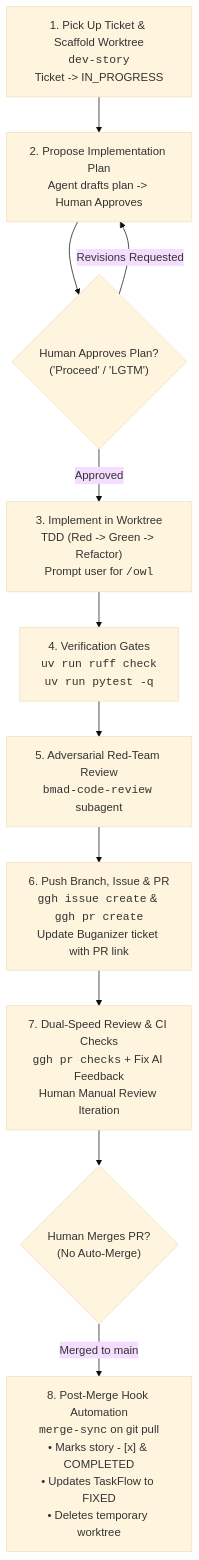
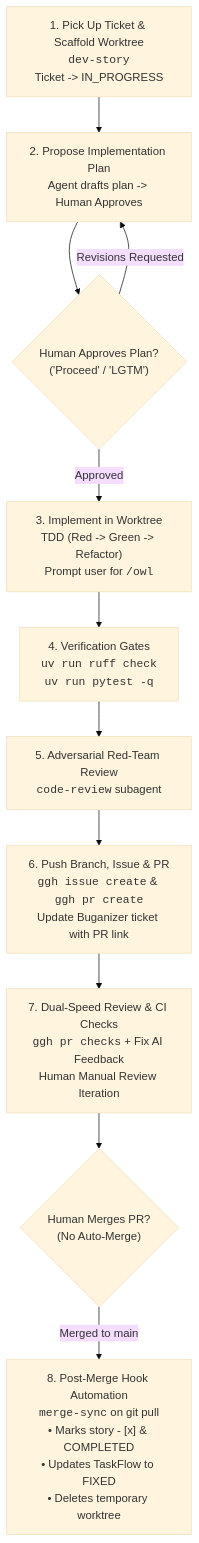
One commit to messangit24/SAR_Image_Formation_TPUv6e_Benchmark_with_Pallas_Kernel changed the diagram in .agents/skills/dev-story/SKILL.md. Above: the diagram before and after it, drawn with Mermaid (base theme). The commit also changed other lines of this file and 48 other files, not shown here.

````diff
--- a/.agents/skills/dev-story/SKILL.md
+++ b/.agents/skills/dev-story/SKILL.md
@@ -14,13 +14,13 @@
 ```mermaid
 graph TD
     S1["1. Pick Up Ticket & Scaffold Worktree<br/><code>dev-story</code><br/>Ticket -> IN_PROGRESS"] --> S2["2. Propose Implementation Plan<br/>Agent drafts plan -> Human Approves"]
     S2 --> G1{"Human Approves Plan?<br/>('Proceed' / 'LGTM')"}
     G1 -->|Approved| S3["3. Implement in Worktree<br/>TDD (Red -> Green -> Refactor)<br/>Prompt user for <code>/owl</code>"]
     G1 -->|Revisions Requested| S2
     S3 --> G2["4. Verification Gates<br/><code>uv run ruff check</code><br/><code>uv run pytest -q</code>"]
-    G2 --> S4["5. Adversarial Red-Team Review<br/><code>bmad-code-review</code> subagent"]
+    G2 --> S4["5. Adversarial Red-Team Review<br/><code>code-review</code> subagent"]
     S4 --> S5["6. Push Branch, Issue & PR<br/><code>ggh issue create</code> & <code>ggh pr create</code><br/>Update Buganizer ticket with PR link"]
     S5 --> S6["7. Dual-Speed Review & CI Checks<br/><code>ggh pr checks</code> + Fix AI Feedback<br/>Human Manual Review Iteration"]
     S6 --> G3{"Human Merges PR?<br/>(No Auto-Merge)"}
     G3 -->|Merged to main| H1["8. Post-Merge Hook Automation<br/><code>merge-sync</code> on git pull<br/>• Marks story - [x] & COMPLETED<br/>• Updates TaskFlow to FIXED<br/>• Deletes temporary worktree"]
 ```
````
